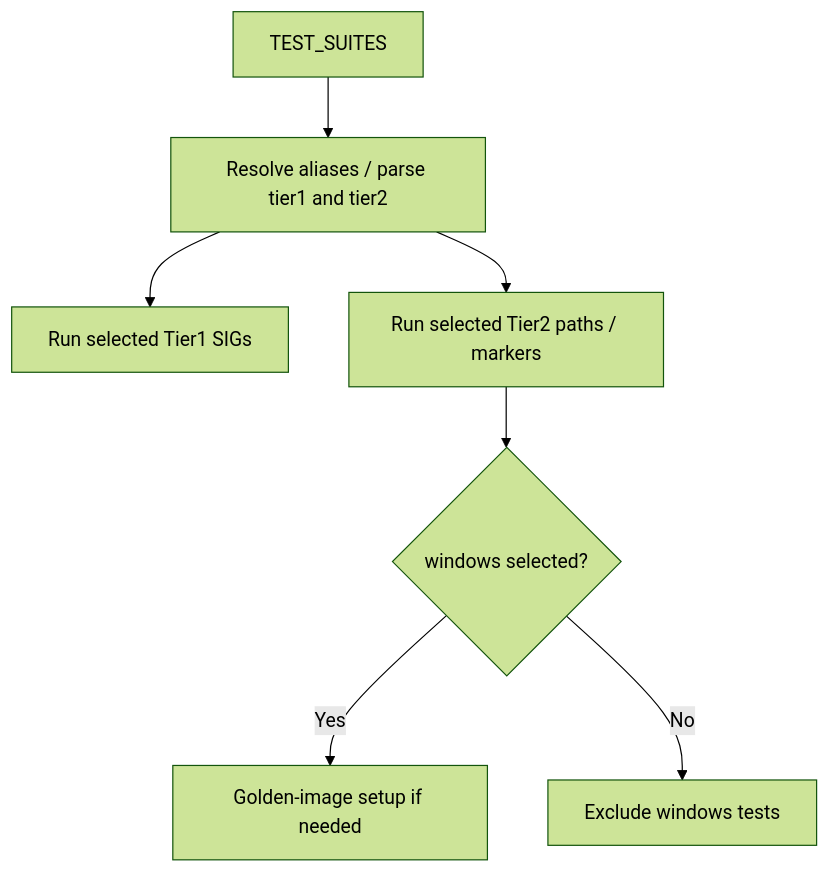
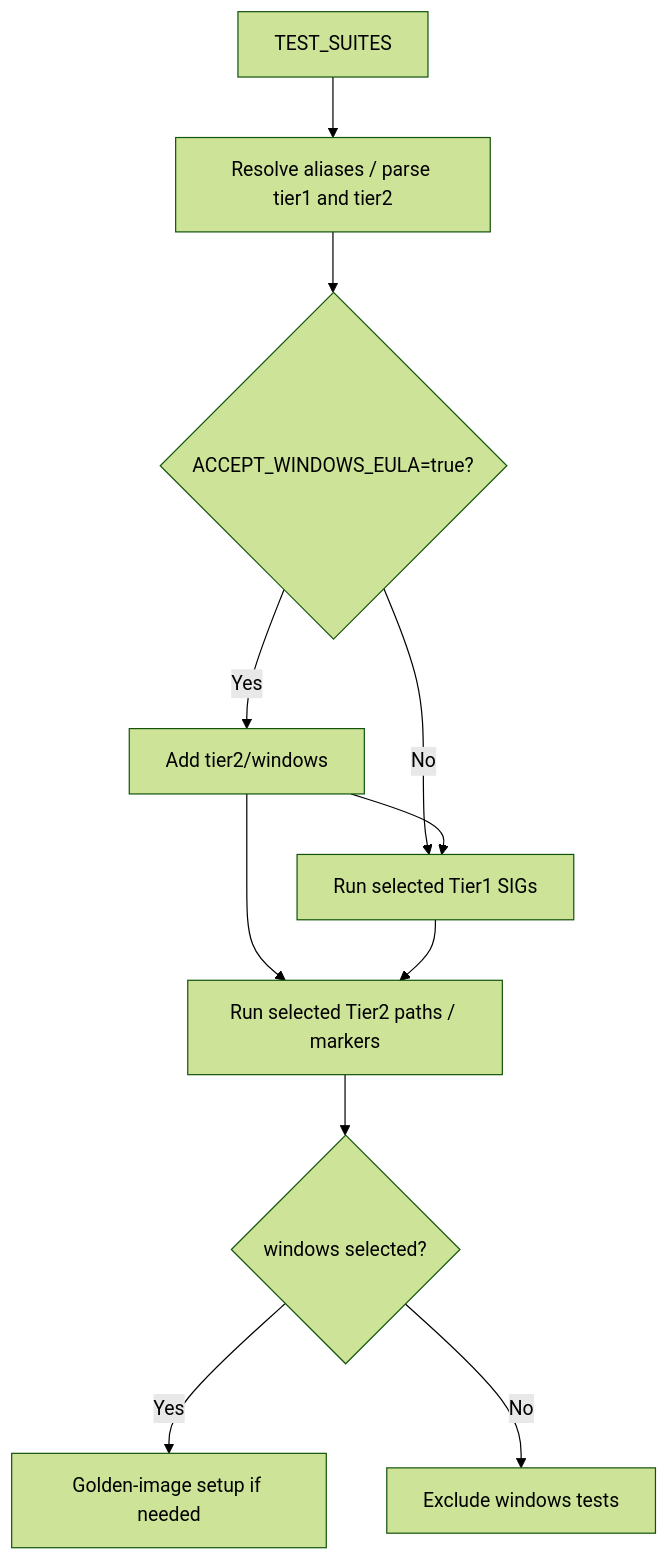
The diagram in docs/TEST_SUITES_FILTERING_DESIGN.md (Ahmad-Hafe/ocp-virt-validation-checkup), drawn with Mermaid (forest theme) before and after one commit. The commit also changed other lines of this file, not shown here.

Commit message:
docs: document Accept EULA and Tier-2-only Windows in design doc

````diff
--- a/docs/TEST_SUITES_FILTERING_DESIGN.md
+++ b/docs/TEST_SUITES_FILTERING_DESIGN.md
@@ -57,9 +59,13 @@
 ```mermaid
 flowchart TD
     A["TEST_SUITES"] --> B["Resolve aliases / parse tier1 and tier2"]
-    B --> C["Run selected Tier1 SIGs"]
-    B --> D["Run selected Tier2 paths / markers"]
+    B --> W{"ACCEPT_WINDOWS_EULA=true?"}
+    W -->|Yes| X["Add tier2/windows"]
+    W -->|No| C
+    X --> C["Run selected Tier1 SIGs"]
+    X --> D["Run selected Tier2 paths / markers"]
+    C --> D
     D --> E{"windows selected?"}
     E -->|Yes| F["Golden-image setup if needed"]
     E -->|No| G["Exclude windows tests"]
 ```
````
